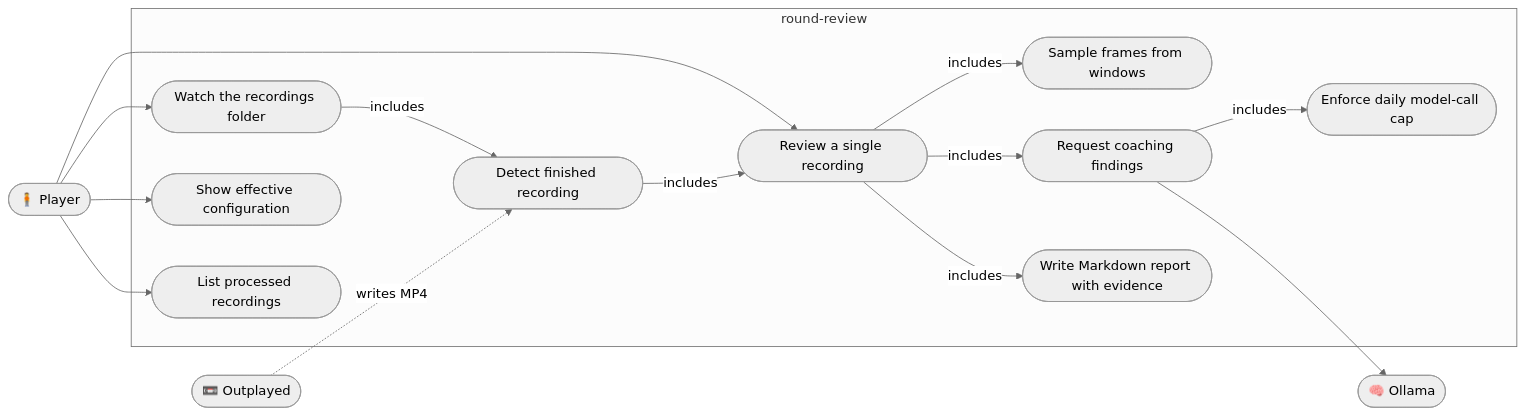
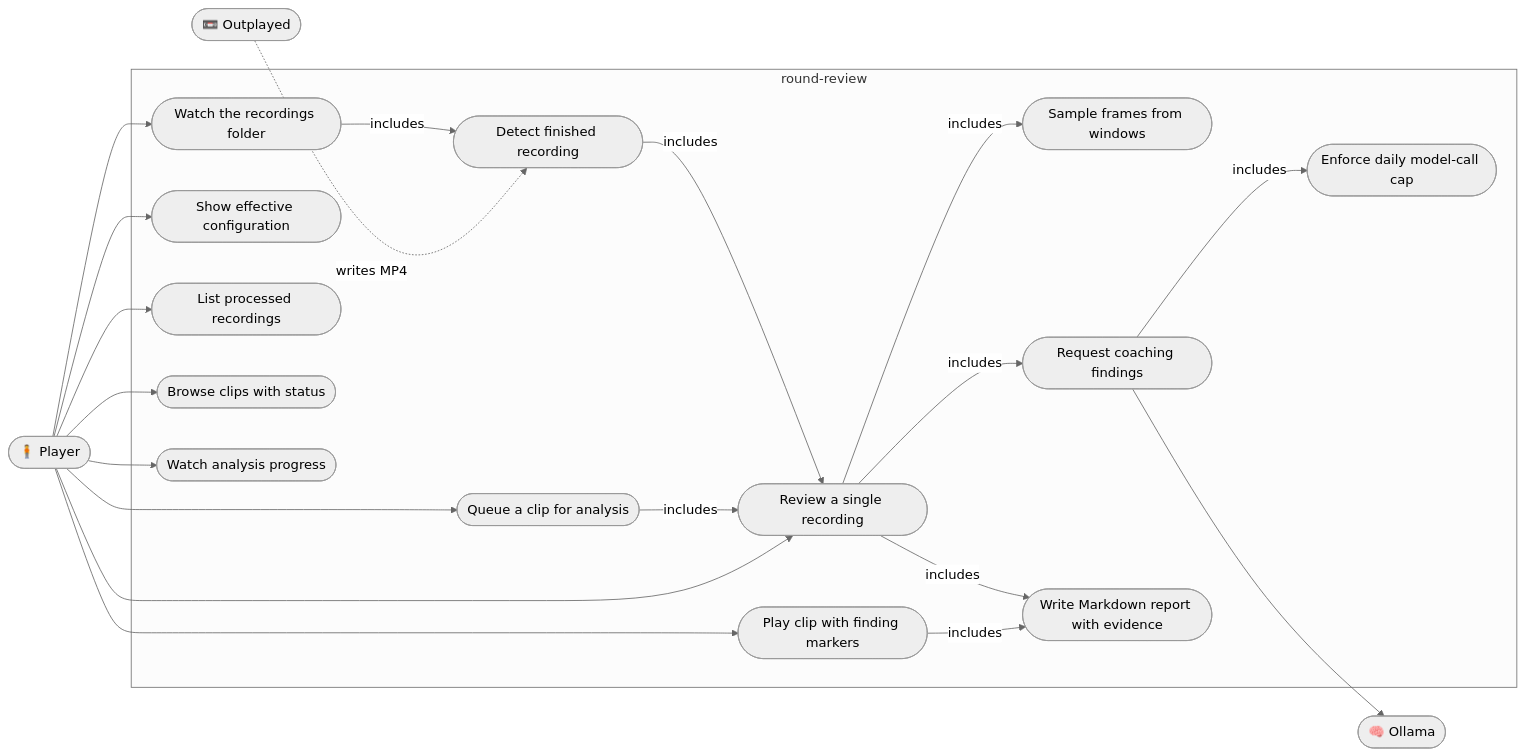
Before and after one commit to Hunter-Abshire/round-review: the diagram in docs/uml/use-case.md, drawn with Mermaid (neutral theme). The commit also changed other lines of this file and 7349 other files, not shown here.

Commit message:
feat(server): report.json, progress hook, single-worker job queue, loopback FastAPI, serve command

````diff
--- a/docs/uml/use-case.md
+++ b/docs/uml/use-case.md
@@ -5,31 +5,41 @@
 ```mermaid
 flowchart LR
     Player(["🧍 Player"])
     Outplayed(["📼 Outplayed"])
     Ollama(["🧠 Ollama"])
 
     subgraph RR["round-review"]
         UC1(["Review a single recording"])
         UC2(["Watch the recordings folder"])
         UC3(["Show effective configuration"])
         UC4(["List processed recordings"])
         UC5(["Detect finished recording"])
         UC6(["Sample frames from windows"])
         UC7(["Request coaching findings"])
         UC8(["Write Markdown report with evidence"])
         UC9(["Enforce daily model-call cap"])
+        UC10(["Browse clips with status"])
+        UC11(["Queue a clip for analysis"])
+        UC12(["Watch analysis progress"])
+        UC13(["Play clip with finding markers"])
     end
 
     Player --> UC1
     Player --> UC2
     Player --> UC3
     Player --> UC4
+    Player --> UC10
+    Player --> UC11
+    Player --> UC12
+    Player --> UC13
+    UC11 -->|includes| UC1
+    UC13 -->|includes| UC8
     Outplayed -.writes MP4.-> UC5
     UC2 -->|includes| UC5
     UC5 -->|includes| UC1
     UC1 -->|includes| UC6
     UC1 -->|includes| UC7
     UC1 -->|includes| UC8
     UC7 -->|includes| UC9
     UC7 --> Ollama
 ```
````
